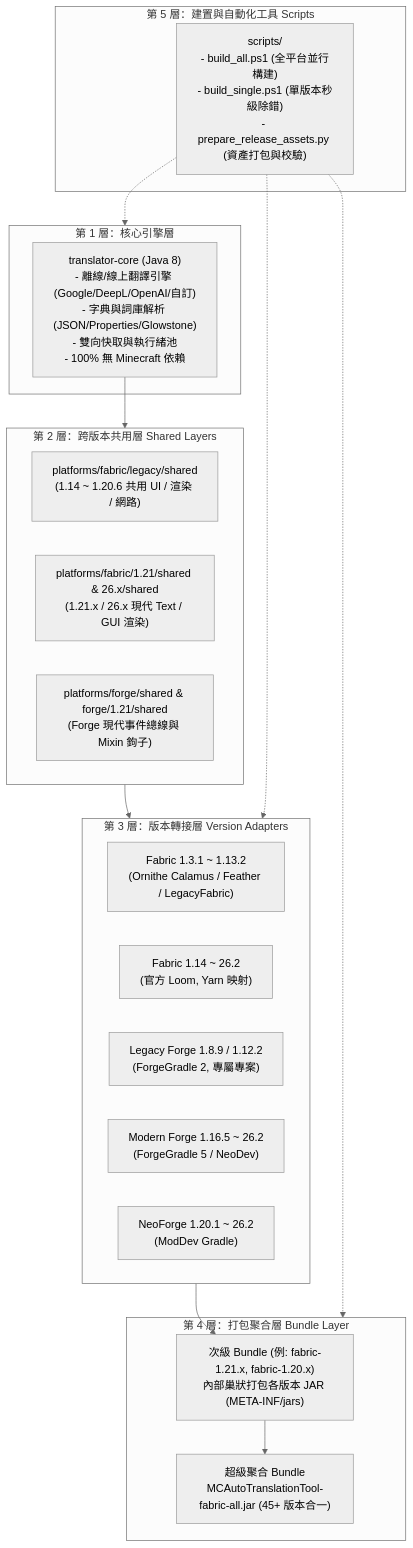
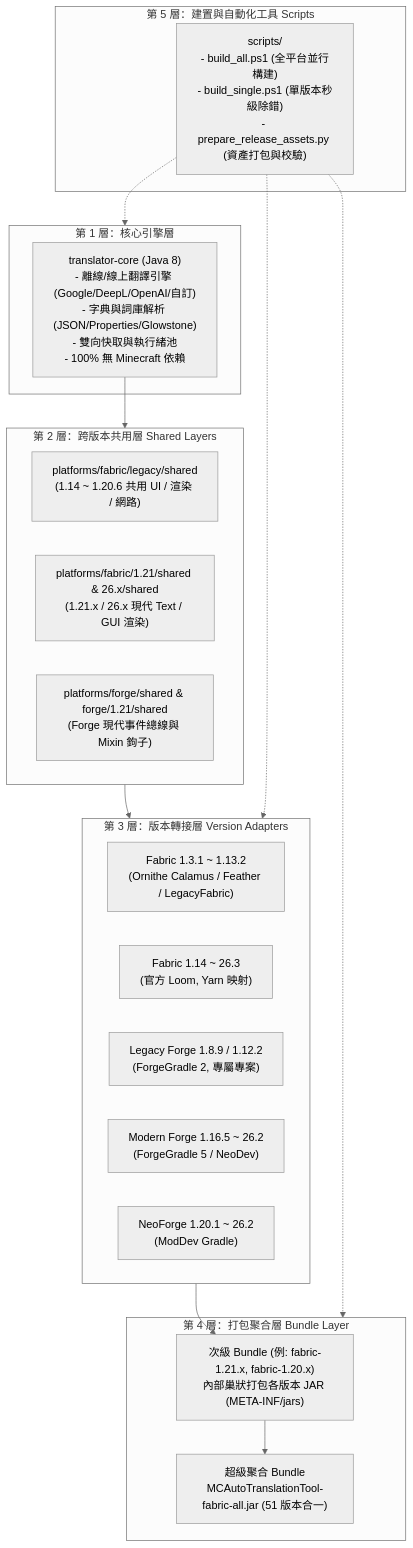
Before and after one commit to TWJohnJohn20116/mc-auto-translation-tool: the diagram in docs/Zh-tw/ARCHITECTURE.md, drawn with Mermaid (neutral theme). The commit also changed other lines of this file and 50 other files, not shown here.

````diff
--- a/docs/Zh-tw/ARCHITECTURE.md
+++ b/docs/Zh-tw/ARCHITECTURE.md
@@ -13,37 +13,37 @@
 ```mermaid
 flowchart TD
     subgraph Layer1 [第 1 層：核心引擎層]
         Core["translator-core (Java 8)<br/>- 離線/線上翻譯引擎 (Google/DeepL/OpenAI/自訂)<br/>- 字典與詞庫解析 (JSON/Properties/Glowstone)<br/>- 雙向快取與執行緒池<br/>- 100% 無 Minecraft 依賴"]
     end
 
     subgraph Layer2 [第 2 層：跨版本共用層 Shared Layers]
         SharedFabLegacy["platforms/fabric/legacy/shared<br/>(1.14 ~ 1.20.6 共用 UI / 渲染 / 網路)"]
         SharedFabModern["platforms/fabric/1.21/shared & 26.x/shared<br/>(1.21.x / 26.x 現代 Text / GUI 渲染)"]
         SharedForge["platforms/forge/shared & forge/1.21/shared<br/>(Forge 現代事件總線與 Mixin 鉤子)"]
     end
 
     subgraph Layer3 [第 3 層：版本轉接層 Version Adapters]
         V_FabOrnithe["Fabric 1.3.1 ~ 1.13.2<br/>(Ornithe Calamus / Feather / LegacyFabric)"]
-        V_FabModern["Fabric 1.14 ~ 26.2<br/>(官方 Loom, Yarn 映射)"]
+        V_FabModern["Fabric 1.14 ~ 26.3<br/>(官方 Loom, Yarn 映射)"]
         V_ForgeLegacy["Legacy Forge 1.8.9 / 1.12.2<br/>(ForgeGradle 2, 專屬專案)"]
         V_ForgeModern["Modern Forge 1.16.5 ~ 26.2<br/>(ForgeGradle 5 / NeoDev)"]
         V_NeoForge["NeoForge 1.20.1 ~ 26.2<br/>(ModDev Gradle)"]
     end
 
     subgraph Layer4 [第 4 層：打包聚合層 Bundle Layer]
         SubBundle["次級 Bundle (例: fabric-1.21.x, fabric-1.20.x)<br/>內部巢狀打包各版本 JAR (META-INF/jars)"]
-        AllBundle["超級聚合 Bundle<br/>MCAutoTranslationTool-fabric-all.jar (45+ 版本合一)"]
+        AllBundle["超級聚合 Bundle<br/>MCAutoTranslationTool-fabric-all.jar (51 版本合一)"]
     end
 
     subgraph Layer5 [第 5 層：建置與自動化工具 Scripts]
         Scripts["scripts/<br/>- build_all.ps1 (全平台並行構建)<br/>- build_single.ps1 (單版本秒級除錯)<br/>- prepare_release_assets.py (資產打包與校驗)"]
     end
 
     Core --> Layer2
     Layer2 --> Layer3
     Layer3 --> SubBundle
     SubBundle --> AllBundle
     Scripts -.-> Layer1
     Scripts -.-> Layer3
     Scripts -.-> Layer4
 ```
````
